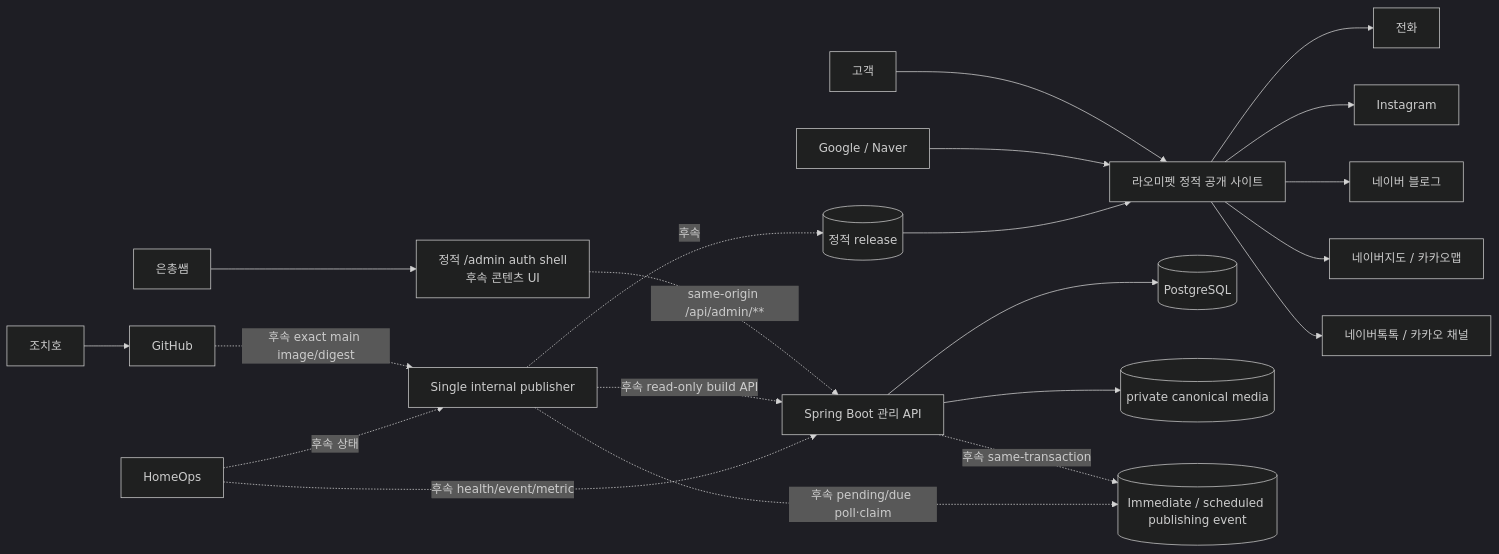
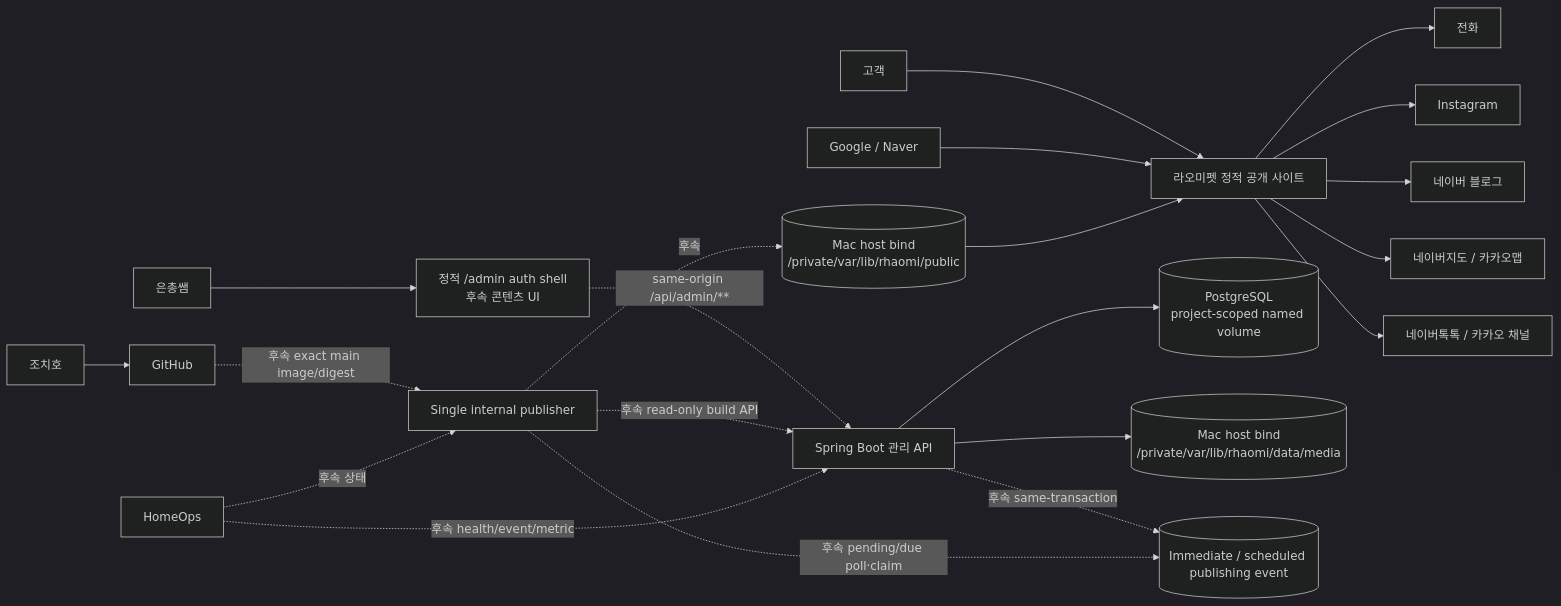
One commit to xxh3898/Rhaomi changed the diagram in docs/04-architecture/system-context.md. Above: the diagram before and after it, drawn with Mermaid (dark theme). The commit also changed other lines of this file and 21 other files, not shown here.

````diff
--- a/docs/04-architecture/system-context.md
+++ b/docs/04-architecture/system-context.md
@@ -18,25 +18,25 @@
 ```mermaid
 flowchart LR
     Customer[고객] --> PublicSite[라오미펫 정적 공개 사이트]
     Search[Google / Naver] --> PublicSite
     PublicSite --> Phone[전화]
     PublicSite --> Instagram[Instagram]
     PublicSite --> Blog[네이버 블로그]
     PublicSite --> Maps[네이버지도 / 카카오맵]
     PublicSite --> Talk[네이버톡톡 / 카카오 채널]
 
     Owner[은총쌤] --> AdminUI[정적 /admin auth shell<br/>후속 콘텐츠 UI]
     AdminUI -. same-origin /api/admin/** .-> Backend[Spring Boot 관리 API]
-    Backend --> PostgreSQL[(PostgreSQL)]
-    Backend --> Uploads[(private canonical media)]
+    Backend --> PostgreSQL[(PostgreSQL<br/>project-scoped named volume)]
+    Backend --> Uploads[(Mac host bind<br/>/private/var/lib/rhaomi/data/media)]
     Backend -. 후속 same-transaction .-> Outbox[(Immediate / scheduled publishing event)]
     Publisher[Single internal publisher] -. 후속 pending/due poll·claim .-> Outbox
     Publisher -. 후속 read-only build API .-> Backend
-    Publisher -. 후속 .-> Releases[(정적 release)]
+    Publisher -. 후속 .-> Releases[(Mac host bind<br/>/private/var/lib/rhaomi/public)]
     Releases --> PublicSite
 
     Developer[조치호] --> GitHub[GitHub]
     GitHub -. 후속 exact main image/digest .-> Publisher
     HomeOps[HomeOps] -. 후속 health/event/metric .-> Backend
     HomeOps -. 후속 상태 .-> Publisher
 ```
````
